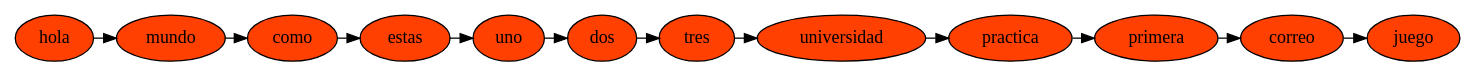
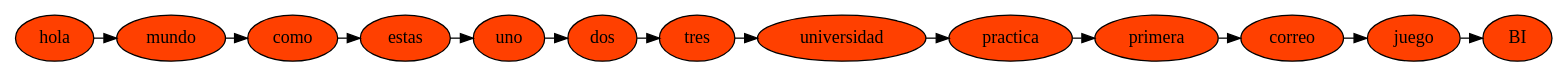
The diagram in practica1Scrabble/diccionario.dot (Toto95/Practica1s12017_201408515), drawn with Graphviz before and after one commit. The commit also changed 41 other files, not shown here.

```diff
--- a/practica1Scrabble/diccionario.dot
+++ b/practica1Scrabble/diccionario.dot
@@ -1,36 +1,39 @@
 digraph B{
-nodo921668147 -> nodo940133702
-{rank = same; nodo921668147 nodo940133702}
-nodo921668147[label="hola",style=filled, fillcolor="#FF4000"]
-nodo940133702 -> nodo1548759719
-{rank = same; nodo940133702 nodo1548759719}
-nodo940133702[label="mundo",style=filled, fillcolor="#FF4000"]
-nodo1548759719 -> nodo2127890874
-{rank = same; nodo1548759719 nodo2127890874}
-nodo1548759719[label="como",style=filled, fillcolor="#FF4000"]
-nodo2127890874 -> nodo883014209
-{rank = same; nodo2127890874 nodo883014209}
-nodo2127890874[label="estas",style=filled, fillcolor="#FF4000"]
-nodo883014209 -> nodo1177592558
-{rank = same; nodo883014209 nodo1177592558}
-nodo883014209[label="uno",style=filled, fillcolor="#FF4000"]
-nodo1177592558 -> nodo455636357
-{rank = same; nodo1177592558 nodo455636357}
-nodo1177592558[label="dos",style=filled, fillcolor="#FF4000"]
-nodo455636357 -> nodo1306933123
-{rank = same; nodo455636357 nodo1306933123}
-nodo455636357[label="tres",style=filled, fillcolor="#FF4000"]
-nodo1306933123 -> nodo1957494732
-{rank = same; nodo1306933123 nodo1957494732}
-nodo1306933123[label="universidad",style=filled, fillcolor="#FF4000"]
-nodo1957494732 -> nodo935855205
-{rank = same; nodo1957494732 nodo935855205}
-nodo1957494732[label="practica",style=filled, fillcolor="#FF4000"]
-nodo935855205 -> nodo1863637828
-{rank = same; nodo935855205 nodo1863637828}
-nodo935855205[label="primera",style=filled, fillcolor="#FF4000"]
-nodo1863637828 -> nodo322085642
-{rank = same; nodo1863637828 nodo322085642}
-nodo1863637828[label="correo",style=filled, fillcolor="#FF4000"]
-nodo322085642[label="juego",style=filled, fillcolor="#FF4000"]
+nodo1259904136 -> nodo377402961
+{rank = same; nodo1259904136 nodo377402961}
+nodo1259904136[label="hola",style=filled, fillcolor="#FF4000"]
+nodo377402961 -> nodo255638249
+{rank = same; nodo377402961 nodo255638249}
+nodo377402961[label="mundo",style=filled, fillcolor="#FF4000"]
+nodo255638249 -> nodo1378515402
+{rank = same; nodo255638249 nodo1378515402}
+nodo255638249[label="como",style=filled, fillcolor="#FF4000"]
+nodo1378515402 -> nodo1574519771
+{rank = same; nodo1378515402 nodo1574519771}
+nodo1378515402[label="estas",style=filled, fillcolor="#FF4000"]
+nodo1574519771 -> nodo1056352783
+{rank = same; nodo1574519771 nodo1056352783}
+nodo1574519771[label="uno",style=filled, fillcolor="#FF4000"]
+nodo1056352783 -> nodo1425519818
+{rank = same; nodo1056352783 nodo1425519818}
+nodo1056352783[label="dos",style=filled, fillcolor="#FF4000"]
+nodo1425519818 -> nodo1435657143
+{rank = same; nodo1425519818 nodo1435657143}
+nodo1425519818[label="tres",style=filled, fillcolor="#FF4000"]
+nodo1435657143 -> nodo1111635269
+{rank = same; nodo1435657143 nodo1111635269}
+nodo1435657143[label="universidad",style=filled, fillcolor="#FF4000"]
+nodo1111635269 -> nodo1232030160
+{rank = same; nodo1111635269 nodo1232030160}
+nodo1111635269[label="practica",style=filled, fillcolor="#FF4000"]
+nodo1232030160 -> nodo542631379
+{rank = same; nodo1232030160 nodo542631379}
+nodo1232030160[label="primera",style=filled, fillcolor="#FF4000"]
+nodo542631379 -> nodo1713284533
+{rank = same; nodo542631379 nodo1713284533}
+nodo542631379[label="correo",style=filled, fillcolor="#FF4000"]
+nodo1713284533 -> nodo1938800086
+{rank = same; nodo1713284533 nodo1938800086}
+nodo1713284533[label="juego",style=filled, fillcolor="#FF4000"]
+nodo1938800086[label="BI",style=filled, fillcolor="#FF4000"]
 }
```
